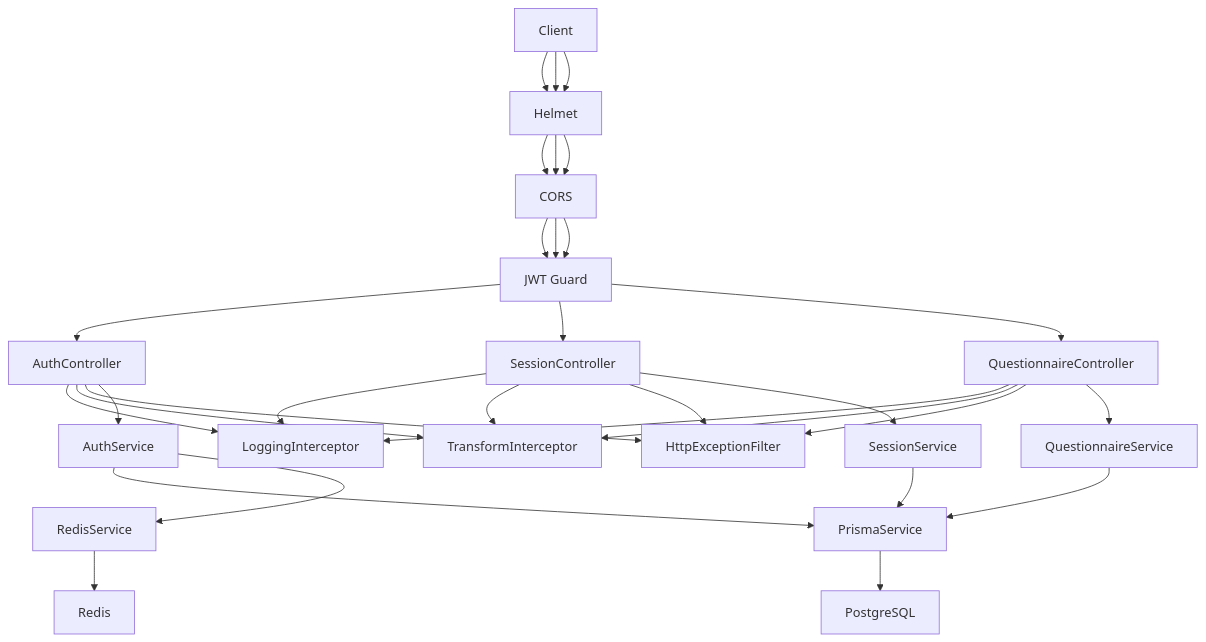
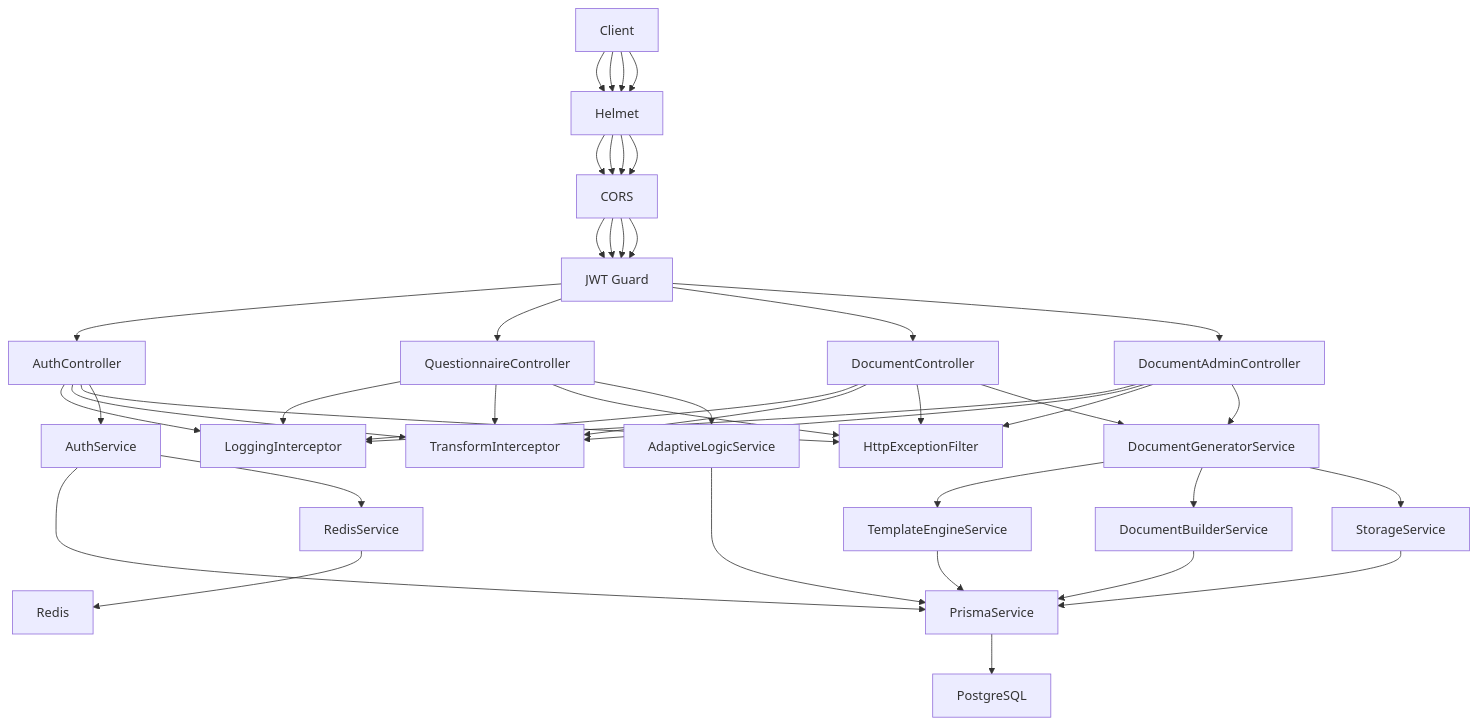
Before and after one commit to Avi-Bendetsky/Quiz-to-build: the second of 15 diagrams in .qoder/repowiki/en/content/Architecture Overview/Data Flow Architecture.md, drawn with Mermaid. The commit also changed other lines of this file and 41 other files, not shown here.

````diff
--- a/.qoder/repowiki/en/content/Architecture Overview/Data Flow Architecture.md
+++ b/.qoder/repowiki/en/content/Architecture Overview/Data Flow Architecture.md
@@ -132,41 +165,55 @@
 ```mermaid
 graph TB
 Client["Client"]
 Helmet["Helmet"]
 CORS["CORS"]
 Guard["JWT Guard"]
 CtrlAuth["AuthController"]
-CtrlSession["SessionController"]
 CtrlQuest["QuestionnaireController"]
+CtrlDoc["DocumentController"]
+CtrlAdmin["DocumentAdminController"]
 IntLog["LoggingInterceptor"]
 IntTr["TransformInterceptor"]
 ExFilt["HttpExceptionFilter"]
 SvcAuth["AuthService"]
-SvcSession["SessionService"]
-SvcQuest["QuestionnaireService"]
+SvcAdaptive["AdaptiveLogicService"]
+SvcDocGen["DocumentGeneratorService"]
+SvcTemplate["TemplateEngineService"]
+SvcBuilder["DocumentBuilderService"]
+SvcStorage["StorageService"]
 Prisma["PrismaService"]
 Redis["RedisService"]
 DB["PostgreSQL"]
 Cache["Redis"]
 Client --> Helmet --> CORS --> Guard --> CtrlAuth
-Client --> Helmet --> CORS --> Guard --> CtrlSession
 Client --> Helmet --> CORS --> Guard --> CtrlQuest
+Client --> Helmet --> CORS --> Guard --> CtrlDoc
+Client --> Helmet --> CORS --> Guard --> CtrlAdmin
 CtrlAuth --> IntLog
 CtrlAuth --> IntTr
-CtrlSession --> IntLog
-CtrlSession --> IntTr
 CtrlQuest --> IntLog
 CtrlQuest --> IntTr
+CtrlDoc --> IntLog
+CtrlDoc --> IntTr
+CtrlAdmin --> IntLog
+CtrlAdmin --> IntTr
 CtrlAuth --> ExFilt
-CtrlSession --> ExFilt
 CtrlQuest --> ExFilt
+CtrlDoc --> ExFilt
+CtrlAdmin --> ExFilt
 CtrlAuth --> SvcAuth
-CtrlSession --> SvcSession
-CtrlQuest --> SvcQuest
+CtrlQuest --> SvcAdaptive
+CtrlDoc --> SvcDocGen
+CtrlAdmin --> SvcDocGen
+SvcAdaptive --> Prisma
+SvcDocGen --> SvcTemplate
+SvcDocGen --> SvcBuilder
+SvcDocGen --> SvcStorage
+SvcTemplate --> Prisma
+SvcBuilder --> Prisma
+SvcStorage --> Prisma
 SvcAuth --> Prisma
-SvcSession --> Prisma
-SvcQuest --> Prisma
 SvcAuth --> Redis
 Prisma --> DB
 Redis --> Cache
 ```
````
